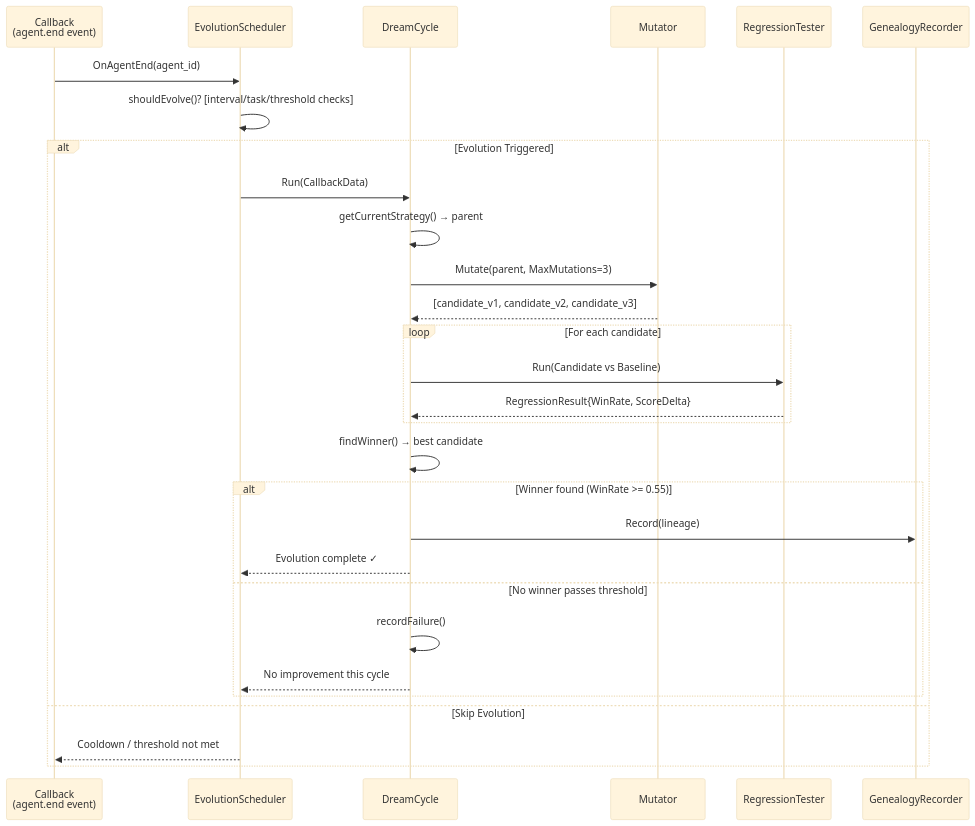
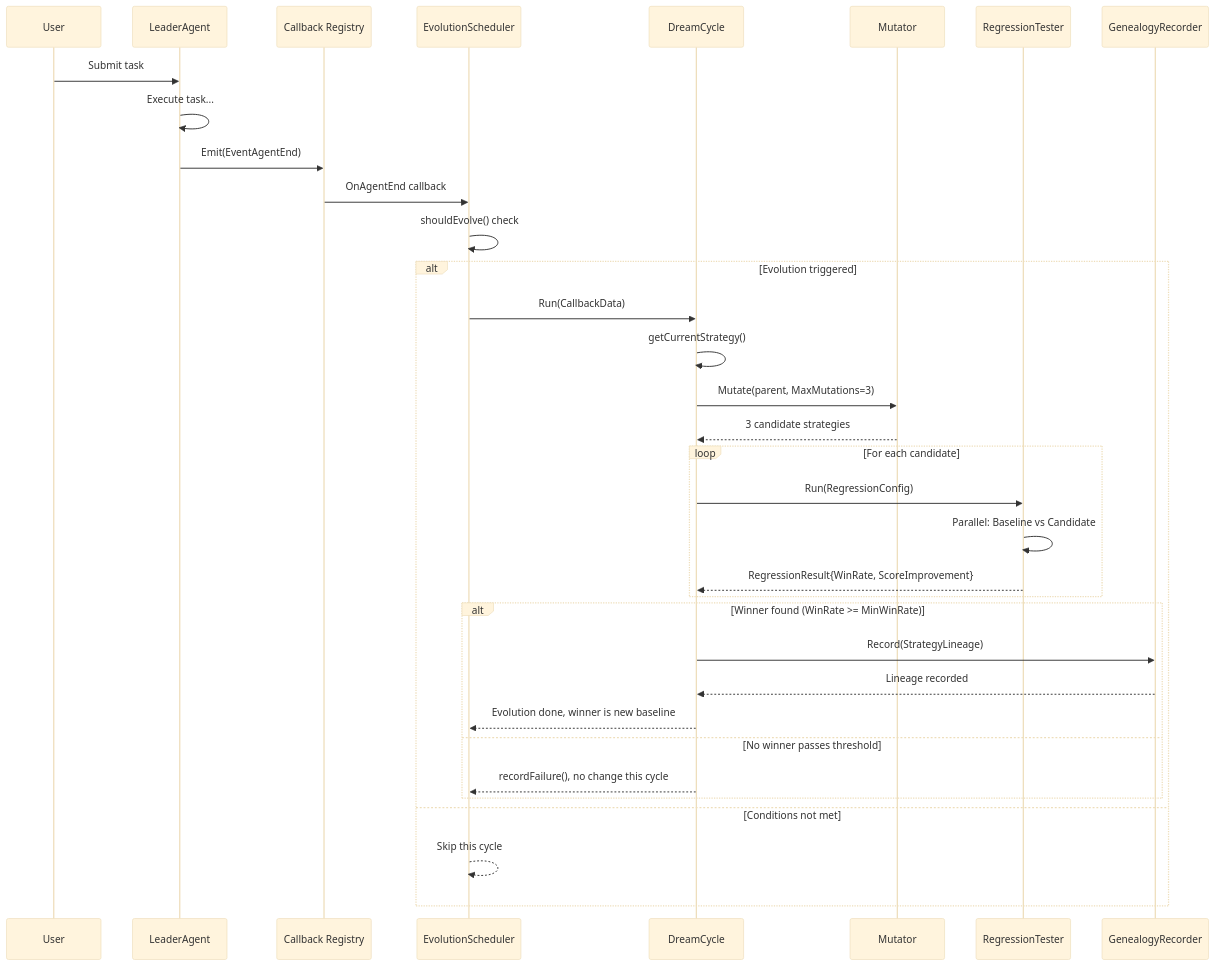
The second of 3 diagrams in docs/articles/en/autonomous-evolution-deep-dive.md (Timwood0x10/ARES), drawn with Mermaid (base theme) before and after one commit. The commit also changed other lines of this file and 22 other files, not shown here.

````diff
--- a/docs/articles/en/autonomous-evolution-deep-dive.md
+++ b/docs/articles/en/autonomous-evolution-deep-dive.md
@@ -424,32 +432,40 @@
 ```mermaid
 sequenceDiagram
-    participant CB as Callback<br/>(agent.end event)
-    participant SCH as EvolutionScheduler
+    participant User as User
+    participant Agent as LeaderAgent
+    participant CB as Callback Registry
+    participant Sch as EvolutionScheduler
     participant DC as DreamCycle
-    participant MUT as Mutator
-    participant ARENA as RegressionTester
-    participant GEN as GenealogyRecorder
+    participant Mut as Mutator
+    participant Arena as RegressionTester
+    participant Gene as GenealogyRecorder
 
-    CB->>SCH: OnAgentEnd(agent_id)
-    SCH->>SCH: shouldEvolve()? [interval/task/threshold checks]
-    alt Evolution Triggered
-        SCH->>DC: Run(CallbackData)
-        DC->>DC: getCurrentStrategy() → parent
-        DC->>MUT: Mutate(parent, MaxMutations=3)
-        MUT-->>DC: [candidate_v1, candidate_v2, candidate_v3]
+    User->>Agent: Submit task
+    Agent->>Agent: Execute task...
+    Agent->>CB: Emit(EventAgentEnd)
+    CB->>Sch: OnAgentEnd callback
+    Sch->>Sch: shouldEvolve() check
+
+    alt Evolution triggered
+        Sch->>DC: Run(CallbackData)
+        DC->>DC: getCurrentStrategy()
+        DC->>Mut: Mutate(parent, MaxMutations=3)
+        Mut-->>DC: 3 candidate strategies
+
         loop For each candidate
-            DC->>ARENA: Run(Candidate vs Baseline)
-            ARENA-->>DC: RegressionResult{WinRate, ScoreDelta}
+            DC->>Arena: Run(RegressionConfig)
+            Arena->>Arena: Parallel: Baseline vs Candidate
+            Arena-->>DC: RegressionResult{WinRate, ScoreImprovement}
         end
-        DC->>DC: findWinner() → best candidate
-        alt Winner found (WinRate >= 0.55)
-            DC->>GEN: Record(lineage)
-            DC-->>SCH: Evolution complete ✓
+
+        alt Winner found (WinRate >= MinWinRate)
+            DC->>Gene: Record(StrategyLineage)
+            Gene-->>DC: Lineage recorded
+            DC-->>Sch: Evolution done, winner is new baseline
         else No winner passes threshold
-            DC->>DC: recordFailure()
-            DC-->>SCH: No improvement this cycle
+            DC-->>Sch: recordFailure(), no change this cycle
         end
-    else Skip Evolution
-        SCH-->>CB: Cooldown / threshold not met
+    else Conditions not met
+        Sch-->>Sch: Skip this cycle
     end
 ```
````
